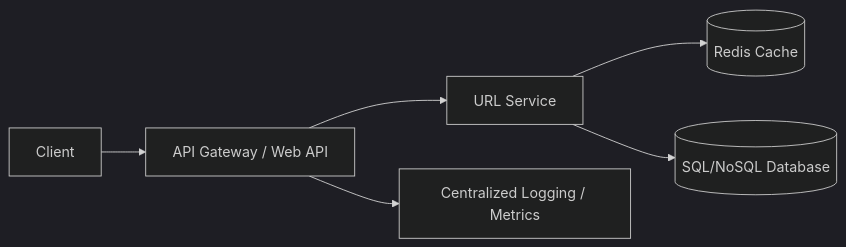
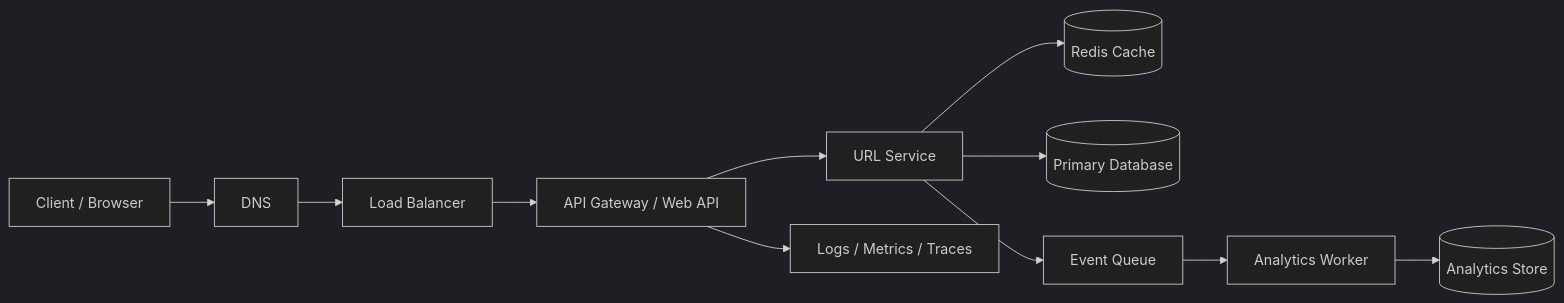
Before and after one commit to Rumman90/system-design-url-shortener: the first of 3 diagrams in README.md, drawn with Mermaid (dark theme). The commit also changed other lines of this file and 5 other files, not shown here.

````diff
--- a/README.md
+++ b/README.md
@@ -13,8 +21,13 @@
 ```mermaid
 graph LR
-    Client --> API[API Gateway / Web API]
+    Client[Client / Browser] --> DNS[DNS]
+    DNS --> LB[Load Balancer]
+    LB --> API[API Gateway / Web API]
     API --> SVC[URL Service]
     SVC --> CACHE[(Redis Cache)]
-    SVC --> DB[(SQL/NoSQL Database)]
-    API --> LOG[Centralized Logging / Metrics]
+    SVC --> DB[(Primary Database)]
+    SVC --> QUEUE[Event Queue]
+    QUEUE --> WORKER[Analytics Worker]
+    WORKER --> ANALYTICS[(Analytics Store)]
+    API --> OBS[Logs / Metrics / Traces]
 ```
````
